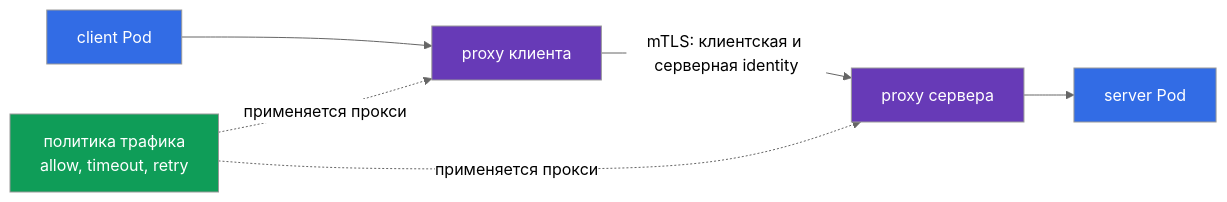
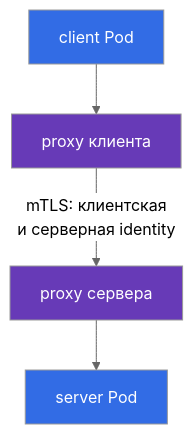
One commit to ViktorUJ/cks changed the third of 3 diagrams in tasks/kcsa/course/18/ru.md. Above: the diagram before and after it, drawn with Mermaid (neutral theme). The commit also changed other lines of this file and 60 other files, not shown here.

````diff
--- a/tasks/kcsa/course/18/ru.md
+++ b/tasks/kcsa/course/18/ru.md
@@ -103,13 +103,10 @@
 ```mermaid
-flowchart LR
+flowchart TB
     client["client Pod"] --> cp["proxy клиента"]
-    cp -->|"mTLS: клиентская и серверная identity"| sp["proxy сервера"]
+    cp -->|"mTLS: клиентская<br/>и серверная identity"| sp["proxy сервера"]
     sp --> server["server Pod"]
-    policy["политика трафика<br/>allow, timeout, retry"] -. "применяется прокси" .-> cp
-    policy -. "применяется прокси" .-> sp
     style client fill:#326ce5,color:#fff
     style server fill:#326ce5,color:#fff
     style cp fill:#673ab7,color:#fff
     style sp fill:#673ab7,color:#fff
-    style policy fill:#0f9d58,color:#fff
 ```
````
